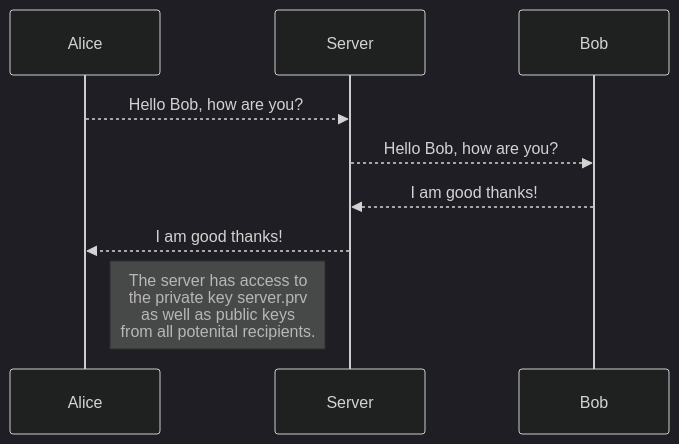
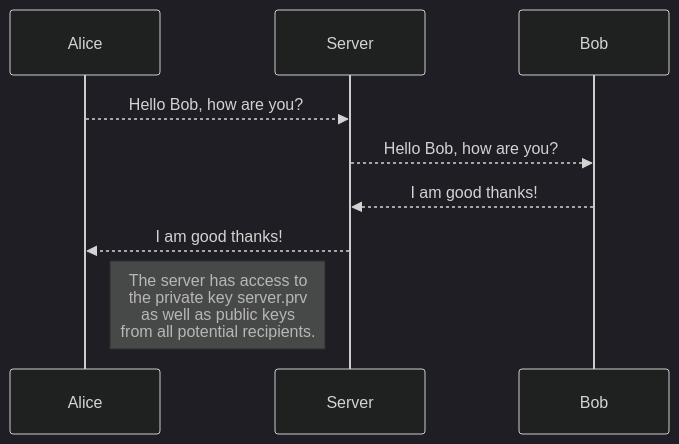
The first of 2 diagrams in README.md (davidigandan/SilentRelay), drawn with Mermaid (dark theme) before and after one commit. The commit also changed other lines of this file, not shown here.

````diff
--- a/README.md
+++ b/README.md
@@ -46,9 +46,9 @@
 ```mermaid
 sequenceDiagram
 Alice -->> Server: Hello Bob, how are you?
 Server-->>Bob: Hello Bob, how are you?
 Bob -->> Server: I am good thanks!
 Server -->> Alice: I am good thanks!
-Note left of Server: The server has access to<br/> the private key server.prv <br/>as well as public keys <br/> from all potenital recipients. 
+Note left of Server: The server has access to<br/> the private key server.prv <br/>as well as public keys <br/> from all potential recipients. 
 
 ```
````
